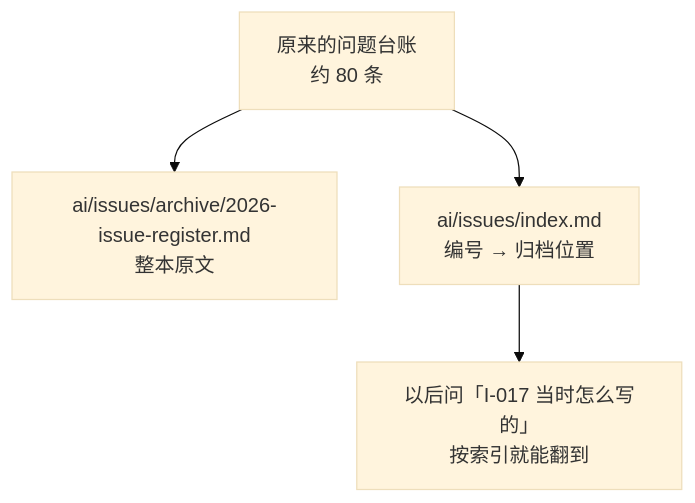
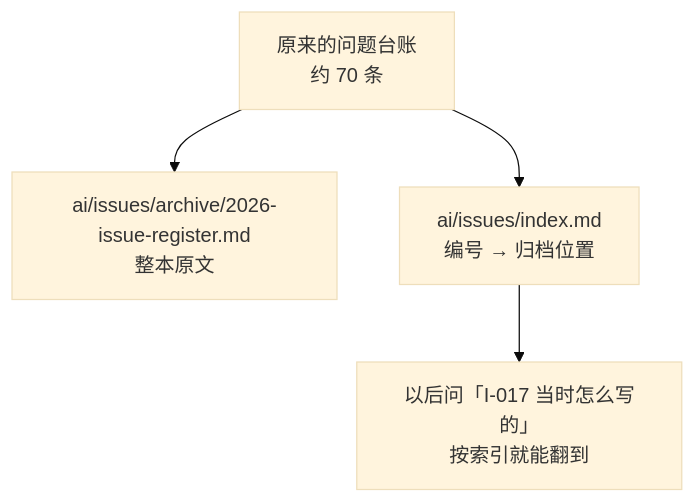
The sixth of 9 diagrams in examples/02-处理待确认事项.md (qiusuo0226/chrono-pm-skill), drawn with Mermaid (base theme) before and after one commit. The commit also changed other lines of this file and 16 other files, not shown here.

````diff
--- a/examples/02-处理待确认事项.md
+++ b/examples/02-处理待确认事项.md
@@ -172,6 +172,6 @@
 ```mermaid
 flowchart TB
-    OLD["原来的问题台账<br/>约 80 条"] --> ARC["ai/issues/archive/2026-issue-register.md<br/>整本原文"]
+    OLD["原来的问题台账<br/>约 70 条"] --> ARC["ai/issues/archive/2026-issue-register.md<br/>整本原文"]
     OLD --> IDX["ai/issues/index.md<br/>编号 → 归档位置"]
     IDX --> Q["以后问「I-017 当时怎么写的」<br/>按索引就能翻到"]
 ```
````
